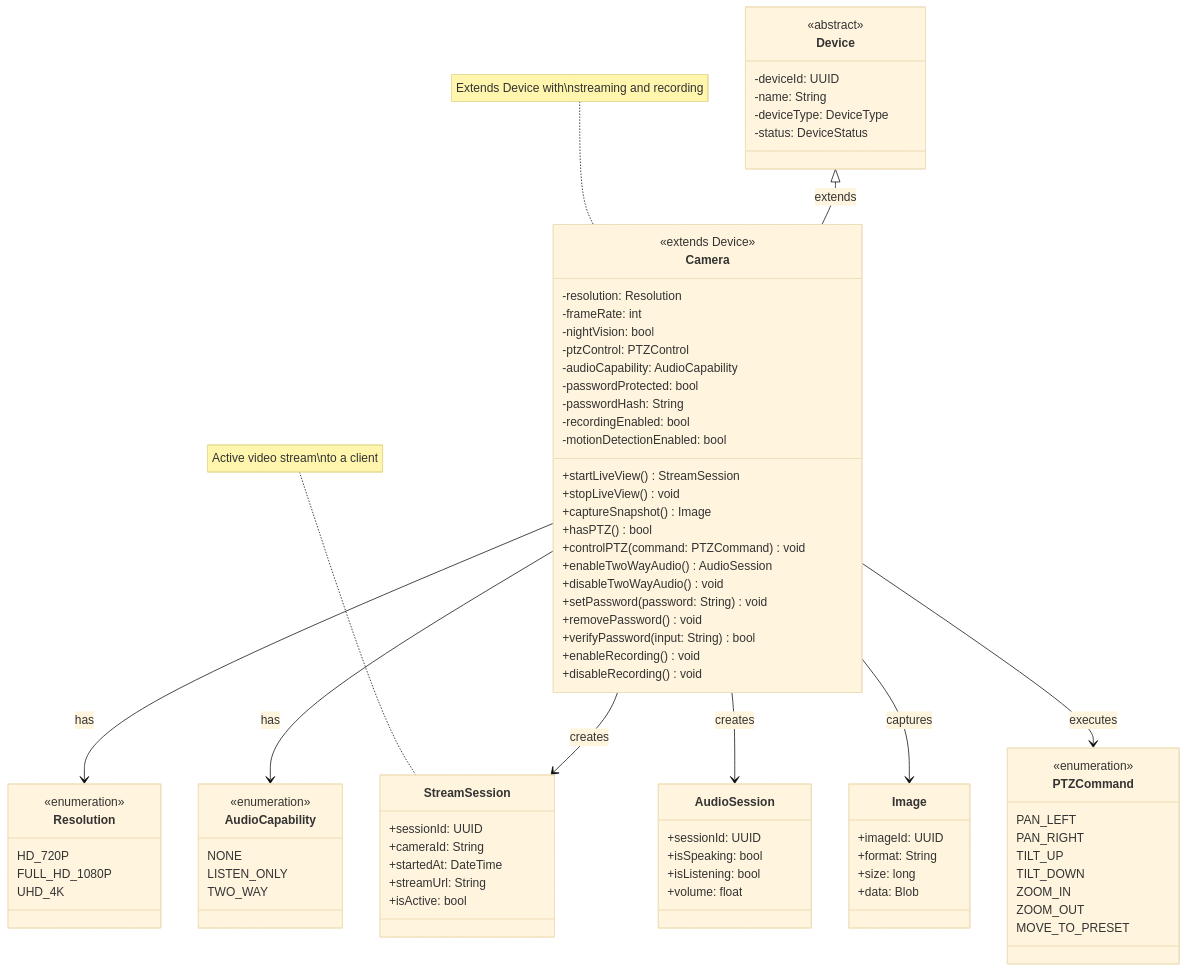
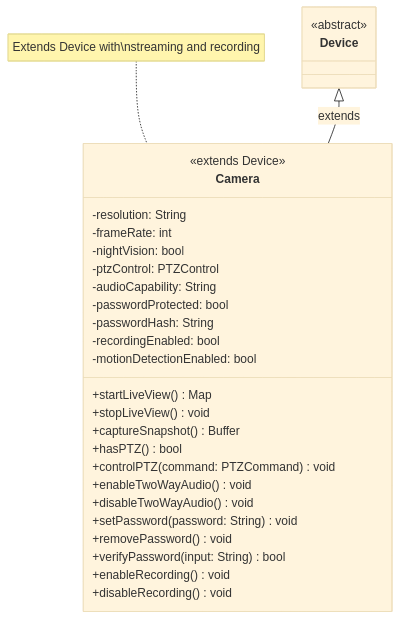
The fifth of 14 diagrams in diagrams/data_layer_class_diagram.md (mj010101/swe_25f), drawn with Mermaid (base theme) before and after one commit. The commit also changed other lines of this file and 4 other files, not shown here.

````diff
--- a/diagrams/data_layer_class_diagram.md
+++ b/diagrams/data_layer_class_diagram.md
@@ -291,21 +189,21 @@
 
     class Camera {
         <<extends Device>>
-        -resolution: Resolution
+        -resolution: String
         -frameRate: int
         -nightVision: bool
         -ptzControl: PTZControl
-        -audioCapability: AudioCapability
+        -audioCapability: String
         -passwordProtected: bool
         -passwordHash: String
         -recordingEnabled: bool
         -motionDetectionEnabled: bool
-        +startLiveView() StreamSession
+        +startLiveView() Map
         +stopLiveView() void
-        +captureSnapshot() Image
+        +captureSnapshot() Buffer
         +hasPTZ() bool
         +controlPTZ(command: PTZCommand) void
-        +enableTwoWayAudio() AudioSession
+        +enableTwoWayAudio() void
         +disableTwoWayAudio() void
         +setPassword(password: String) void
         +removePassword() void
@@ -316,67 +214,9 @@
 
     class Device {
         <<abstract>>
-        -deviceId: UUID
-        -name: String
-        -deviceType: DeviceType
-        -status: DeviceStatus
-    }
-
-    class Resolution {
-        <<enumeration>>
-        HD_720P
-        FULL_HD_1080P
-        UHD_4K
-    }
-
-    class AudioCapability {
-        <<enumeration>>
-        NONE
-        LISTEN_ONLY
-        TWO_WAY
-    }
-
-    class StreamSession {
-        +sessionId: UUID
-        +cameraId: String
-        +startedAt: DateTime
-        +streamUrl: String
-        +isActive: bool
-    }
-
-    class AudioSession {
-        +sessionId: UUID
-        +isSpeaking: bool
-        +isListening: bool
-        +volume: float
-    }
-
-    class Image {
-        +imageId: UUID
-        +format: String
-        +size: long
-        +data: Blob
-    }
-
-    class PTZCommand {
-        <<enumeration>>
-        PAN_LEFT
-        PAN_RIGHT
-        TILT_UP
-        TILT_DOWN
-        ZOOM_IN
-        ZOOM_OUT
-        MOVE_TO_PRESET
     }
 
     Device <|-- Camera : extends
-    Camera --> Resolution : has
-    Camera --> AudioCapability : has
-    Camera --> StreamSession : creates
-    Camera --> AudioSession : creates
-    Camera --> Image : captures
-    Camera --> PTZCommand : executes
 
     note for Camera "Extends Device with\nstreaming and recording"
-    note for StreamSession "Active video stream\nto a client"
 ```
````
